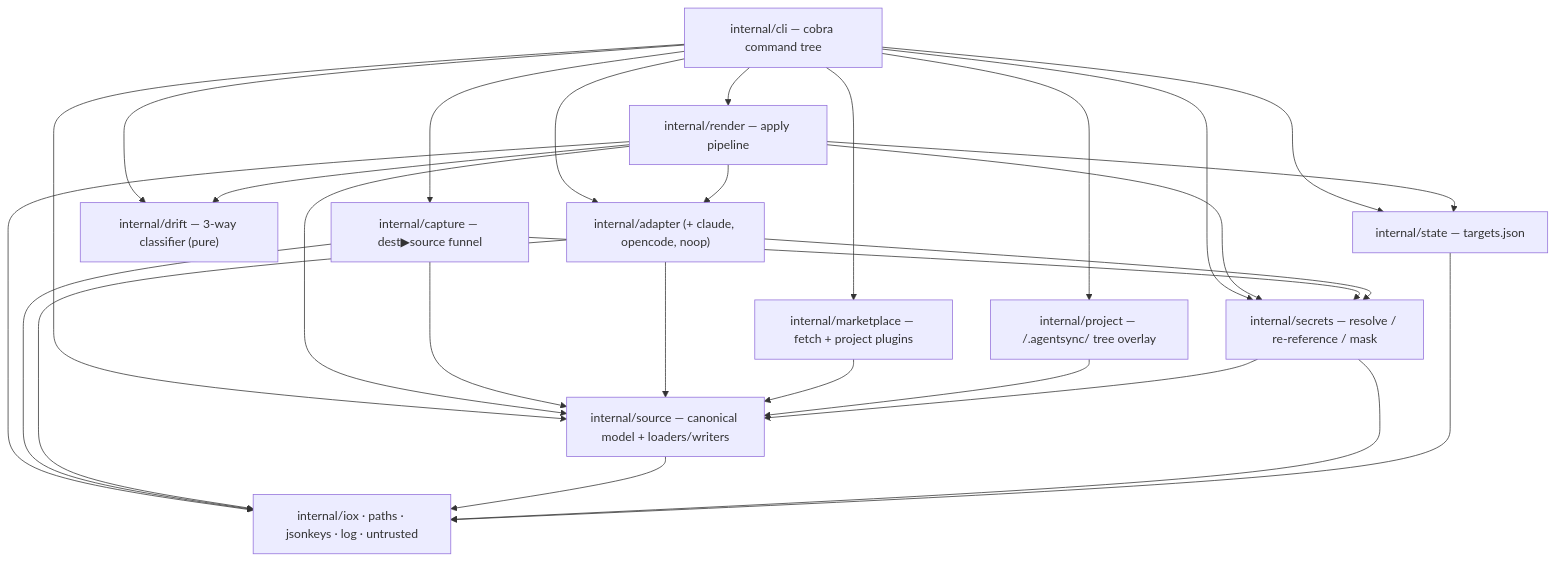
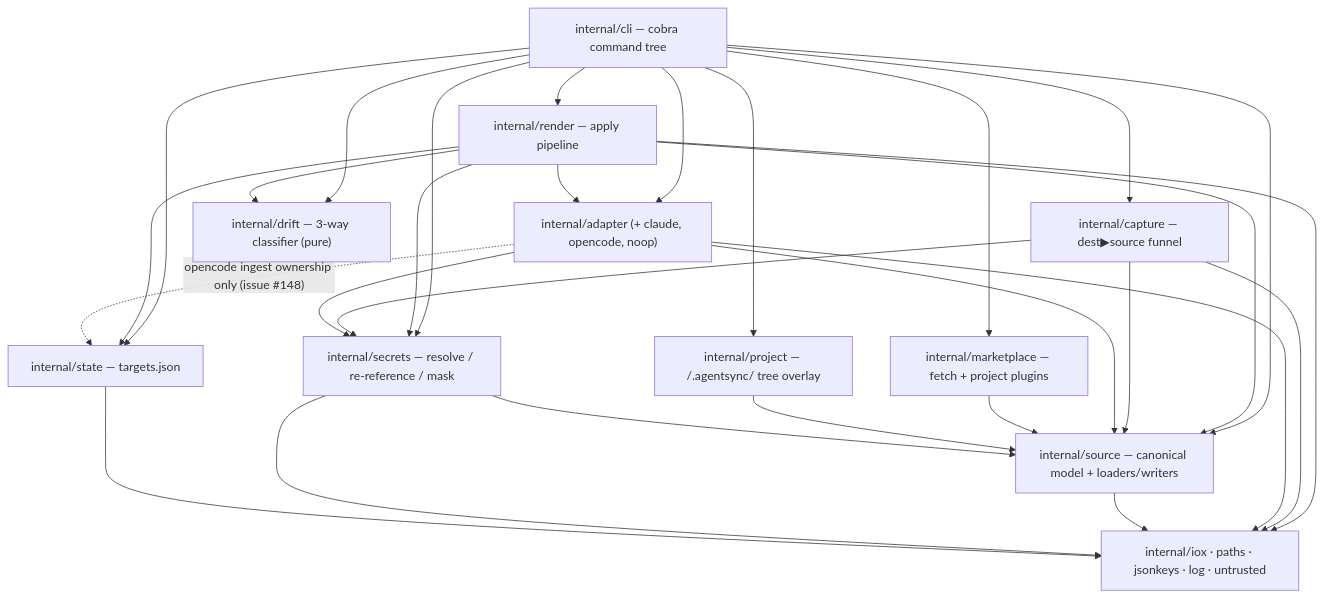
The fourth of 4 diagrams in docs/architecture.md (spxrogers/agentsync), drawn with Mermaid before and after one commit. The commit also changed other lines of this file and 49 other files, not shown here.

````diff
--- a/docs/architecture.md
+++ b/docs/architecture.md
@@ -593,24 +603,25 @@
 ```mermaid
 flowchart TD
     CLI["internal/cli — cobra command tree"]
     REN["internal/render — apply pipeline"]
     CAP["internal/capture — dest▶source funnel"]
     AD["internal/adapter (+ claude, opencode, noop)"]
     SRC["internal/source — canonical model + loaders/writers"]
     SEC["internal/secrets — resolve / re-reference / mask"]
     MKT["internal/marketplace — fetch + project plugins"]
     PRJ["internal/project — <root>/.agentsync/ tree overlay"]
     DRF["internal/drift — 3-way classifier (pure)"]
     ST["internal/state — targets.json"]
     INFRA["internal/iox · paths · jsonkeys · log · untrusted"]
 
     CLI --> REN & CAP & AD & SRC & SEC & MKT & PRJ & DRF & ST
     REN --> AD & SEC & SRC & ST & DRF & INFRA
     CAP --> SRC & SEC & INFRA
     AD --> SRC & SEC & INFRA
+    AD -. "opencode ingest ownership only (issue #148)" .-> ST
     MKT --> SRC
     PRJ --> SRC
     SRC --> INFRA
     SEC --> SRC & INFRA
     ST --> INFRA
 ```
````
